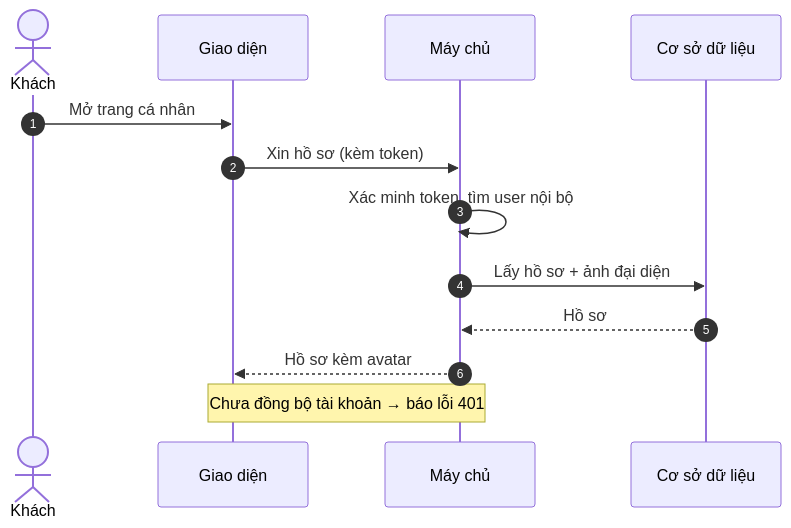
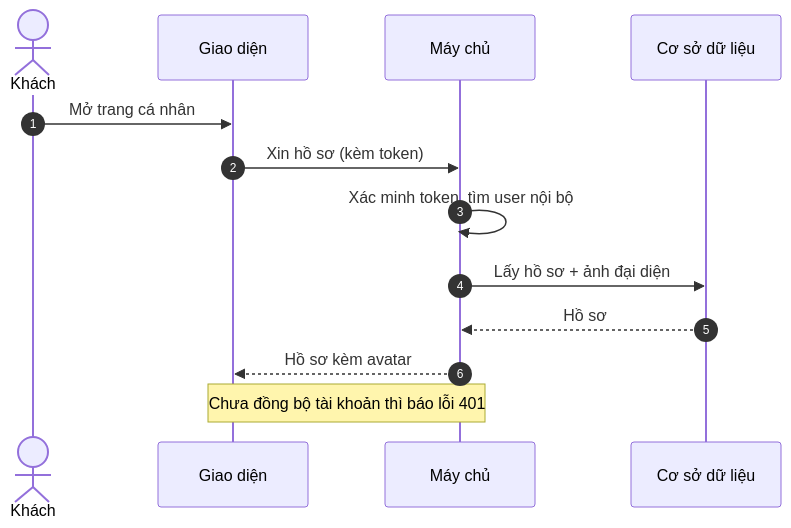
One commit to yurivolkov21/Tourism-Platform changed the second of 26 diagrams in docs/03-reference/diagrams-customer.md. Above: the diagram before and after it, drawn with Mermaid. The commit also changed other lines of this file and 3 other files, not shown here.

First line of the commit message:
docs(reference): fix Mermaid rendering — drop ; and unicode arrows from messages

````diff
--- a/docs/03-reference/diagrams-customer.md
+++ b/docs/03-reference/diagrams-customer.md
@@ -43,15 +43,15 @@
 ```mermaid
 sequenceDiagram
     autonumber
     actor KH as Khách
     participant FE as Giao diện
     participant API as Máy chủ
     participant DB as Cơ sở dữ liệu
     KH->>FE: Mở trang cá nhân
     FE->>API: Xin hồ sơ (kèm token)
     API->>API: Xác minh token, tìm user nội bộ
     API->>DB: Lấy hồ sơ + ảnh đại diện
     DB-->>API: Hồ sơ
     API-->>FE: Hồ sơ kèm avatar
-    Note over API,FE: Chưa đồng bộ tài khoản → báo lỗi 401
+    Note over API,FE: Chưa đồng bộ tài khoản thì báo lỗi 401
 ```
````
